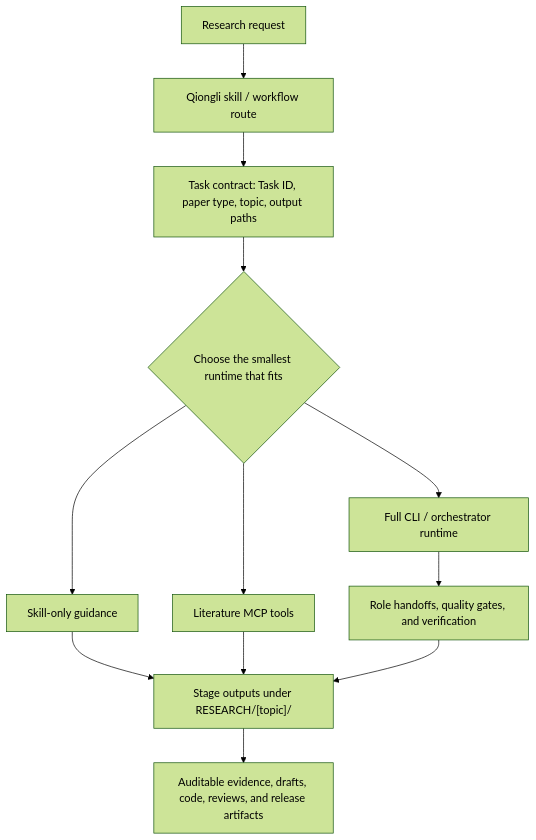
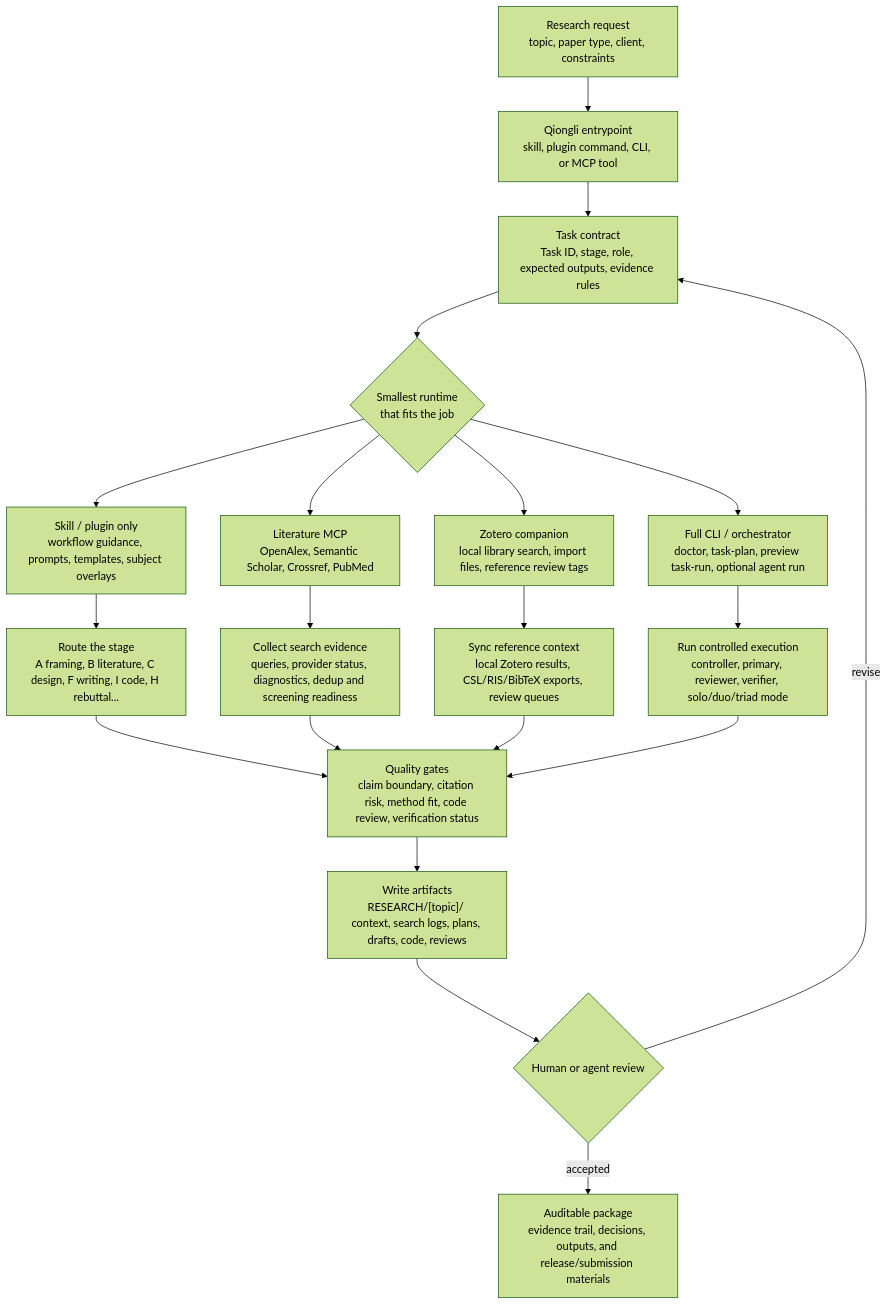
Before and after one commit to jxpeng98/qiongli: the diagram in README.md, drawn with Mermaid (forest theme). The commit also changed 1 other file, not shown here.

Commit message:
docs: improve project documentation entrypoints

````diff
--- a/README.md
+++ b/README.md
@@ -52,14 +52,26 @@
 ```mermaid
 flowchart TD
-    A["Research request"] --> B["Qiongli skill / workflow route"]
-    B --> C["Task contract: Task ID, paper type, topic, output paths"]
-    C --> D{"Choose the smallest runtime that fits"}
-    D --> E["Skill-only guidance"]
-    D --> F["Literature MCP tools"]
-    D --> G["Full CLI / orchestrator runtime"]
-    E --> H["Stage outputs under RESEARCH/[topic]/"]
-    F --> H
-    G --> I["Role handoffs, quality gates, and verification"]
-    I --> H
-    H --> J["Auditable evidence, drafts, code, reviews, and release artifacts"]
+    A["Research request<br/>topic, paper type, client, constraints"] --> B["Qiongli entrypoint<br/>skill, plugin command, CLI, or MCP tool"]
+    B --> C["Task contract<br/>Task ID, stage, role, expected outputs, evidence rules"]
+    C --> D{"Smallest runtime<br/>that fits the job"}
+
+    D --> E["Skill / plugin only<br/>workflow guidance, prompts, templates, subject overlays"]
+    D --> F["Literature MCP<br/>OpenAlex, Semantic Scholar, Crossref, PubMed"]
+    D --> G["Zotero companion<br/>local library search, import files, reference review tags"]
+    D --> H["Full CLI / orchestrator<br/>doctor, task-plan, preview task-run, optional agent run"]
+
+    E --> I["Route the stage<br/>A framing, B literature, C design, F writing, I code, H rebuttal..."]
+    F --> J["Collect search evidence<br/>queries, provider status, diagnostics, dedup and screening readiness"]
+    G --> K["Sync reference context<br/>local Zotero results, CSL/RIS/BibTeX exports, review queues"]
+    H --> L["Run controlled execution<br/>controller, primary, reviewer, verifier, solo/duo/triad mode"]
+
+    I --> M["Quality gates<br/>claim boundary, citation risk, method fit, code review, verification status"]
+    J --> M
+    K --> M
+    L --> M
+
+    M --> N["Write artifacts<br/>RESEARCH/[topic]/ context, search logs, plans, drafts, code, reviews"]
+    N --> O{"Human or agent review"}
+    O -->|revise| C
+    O -->|accepted| P["Auditable package<br/>evidence trail, decisions, outputs, and release/submission materials"]
 ```
````
